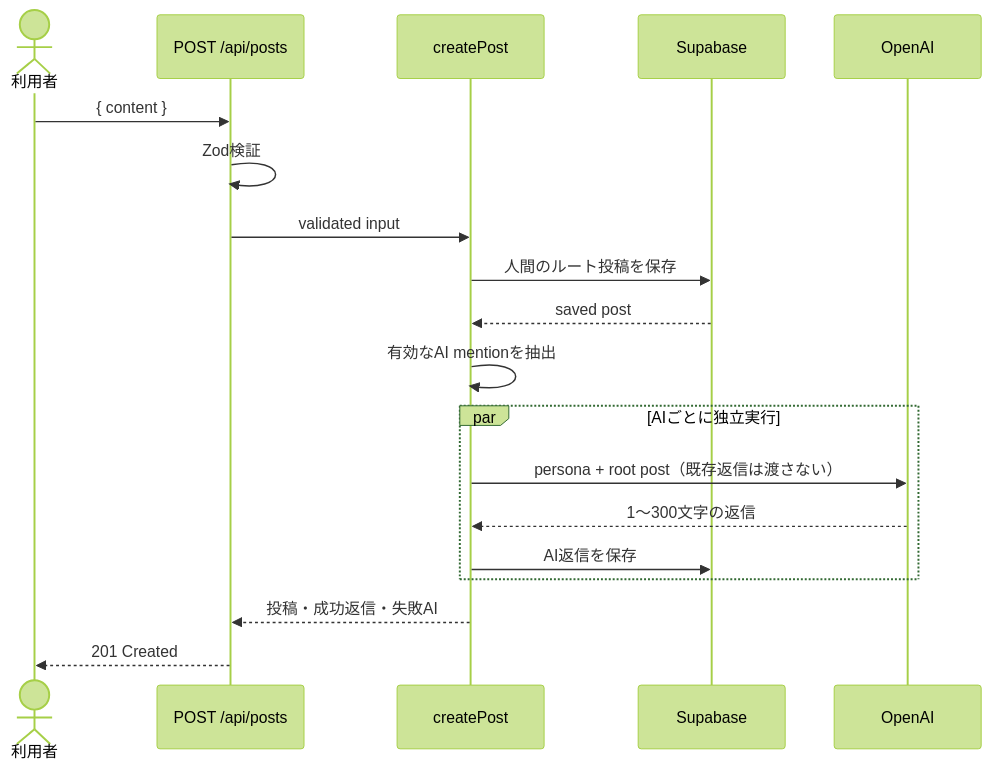
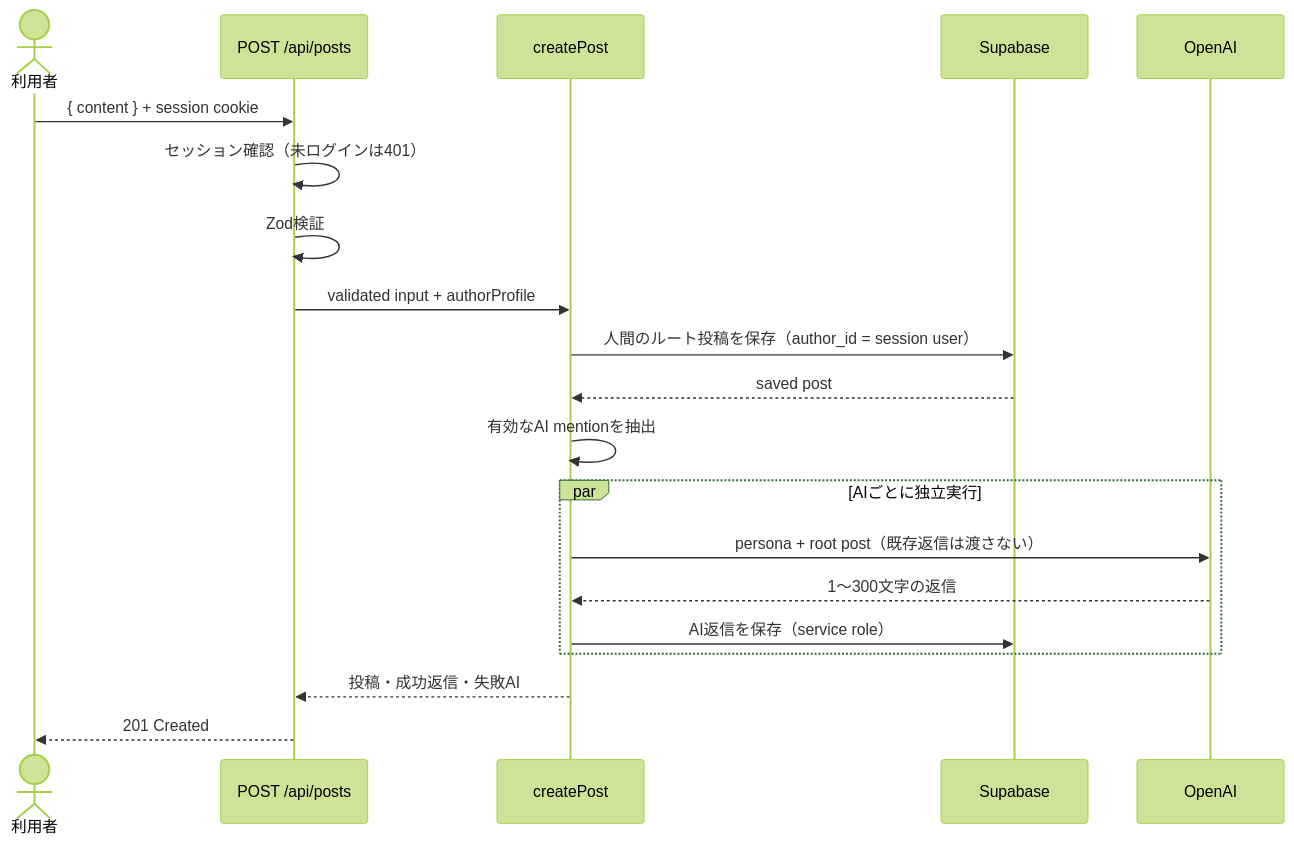
One commit to tomo-hoshino/ai-sns changed the fourth of 6 diagrams in docs/ARCHITECTURE.md. Above: the diagram before and after it, drawn with Mermaid (forest theme). The commit also changed other lines of this file and 6 other files, not shown here.

````diff
--- a/docs/ARCHITECTURE.md
+++ b/docs/ARCHITECTURE.md
@@ -92,22 +96,23 @@
 ```mermaid
 sequenceDiagram
     actor User as 利用者
     participant API as POST /api/posts
     participant Service as createPost
     participant DB as Supabase
     participant AI as OpenAI
 
-    User->>API: { content }
+    User->>API: { content } + session cookie
+    API->>API: セッション確認（未ログインは401）
     API->>API: Zod検証
-    API->>Service: validated input
-    Service->>DB: 人間のルート投稿を保存
+    API->>Service: validated input + authorProfile
+    Service->>DB: 人間のルート投稿を保存（author_id = session user）
     DB-->>Service: saved post
     Service->>Service: 有効なAI mentionを抽出
     par AIごとに独立実行
         Service->>AI: persona + root post（既存返信は渡さない）
         AI-->>Service: 1〜300文字の返信
-        Service->>DB: AI返信を保存
+        Service->>DB: AI返信を保存（service role）
     end
     Service-->>API: 投稿・成功返信・失敗AI
     API-->>User: 201 Created
 ```
````
